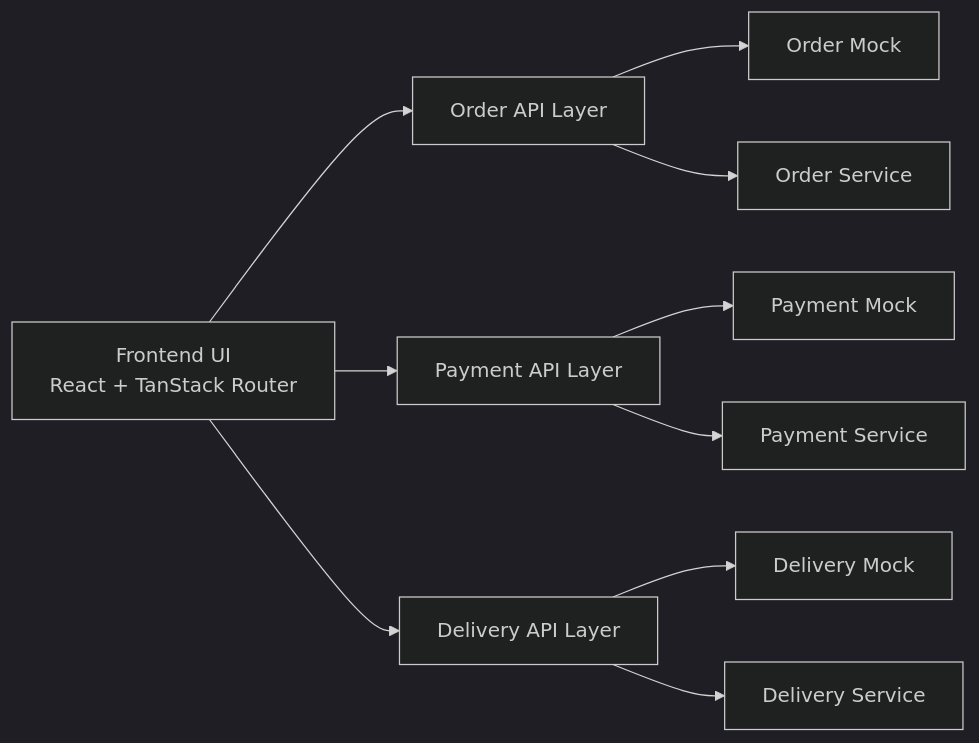
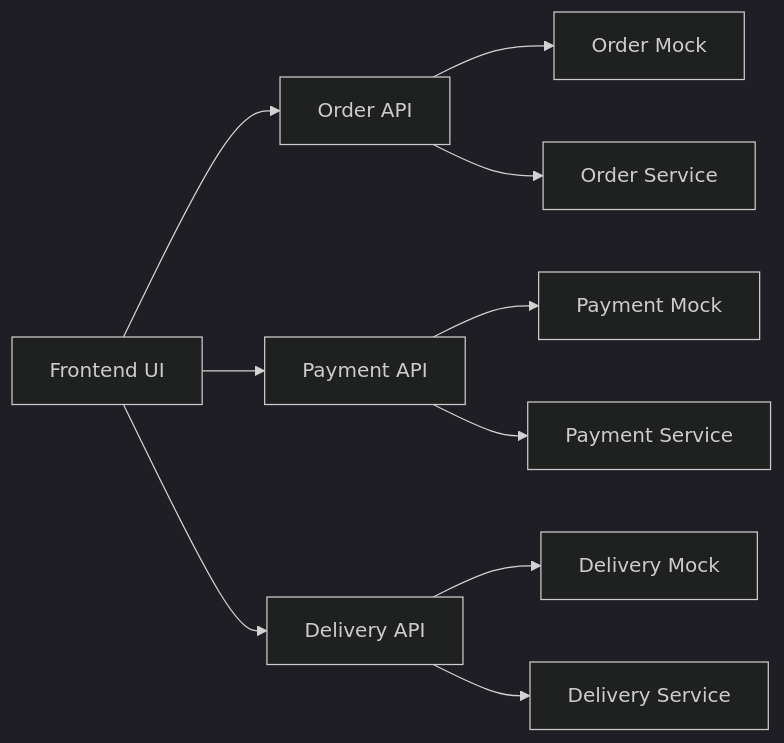
Before and after one commit to 23521114-NguyenTruongYenNhi/ChauNgocThao_FoodSaleWeb: the diagram in README.md, drawn with Mermaid (dark theme). The commit also changed other lines of this file and 1 other file, not shown here.

Commit message:
Improve README and API-CONTRACT

````diff
--- a/README.md
+++ b/README.md
@@ -22,25 +23,25 @@
 ```mermaid
 flowchart LR
-    UI["Frontend UI<br/>React + TanStack Router"]
-    OA["Order API Layer"]
-    PA["Payment API Layer"]
-    DA["Delivery API Layer"]
+    UI["Frontend UI"]
+    OA["Order API"]
+    PA["Payment API"]
+    DA["Delivery API"]
     OM["Order Mock"]
     PM["Payment Mock"]
     DM["Delivery Mock"]
     OS["Order Service"]
     PS["Payment Service"]
     DS["Delivery Service"]
 
     UI --> OA
     UI --> PA
     UI --> DA
 
     OA --> OM
     PA --> PM
     DA --> DM
 
     OA --> OS
     PA --> PS
     DA --> DS
 ```
````
